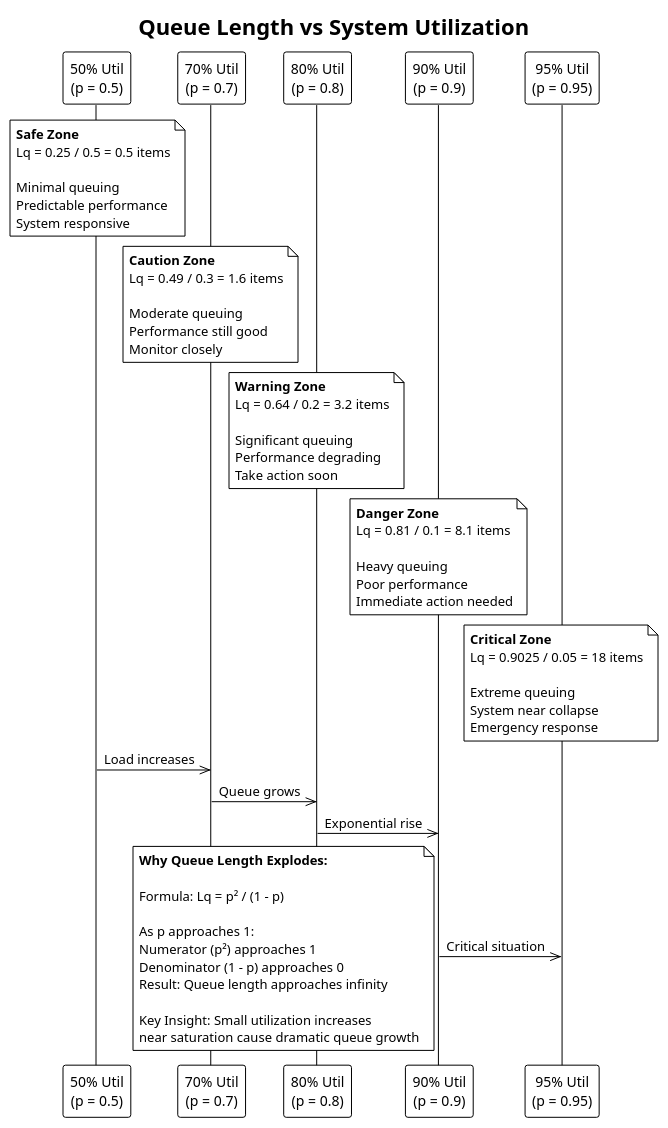
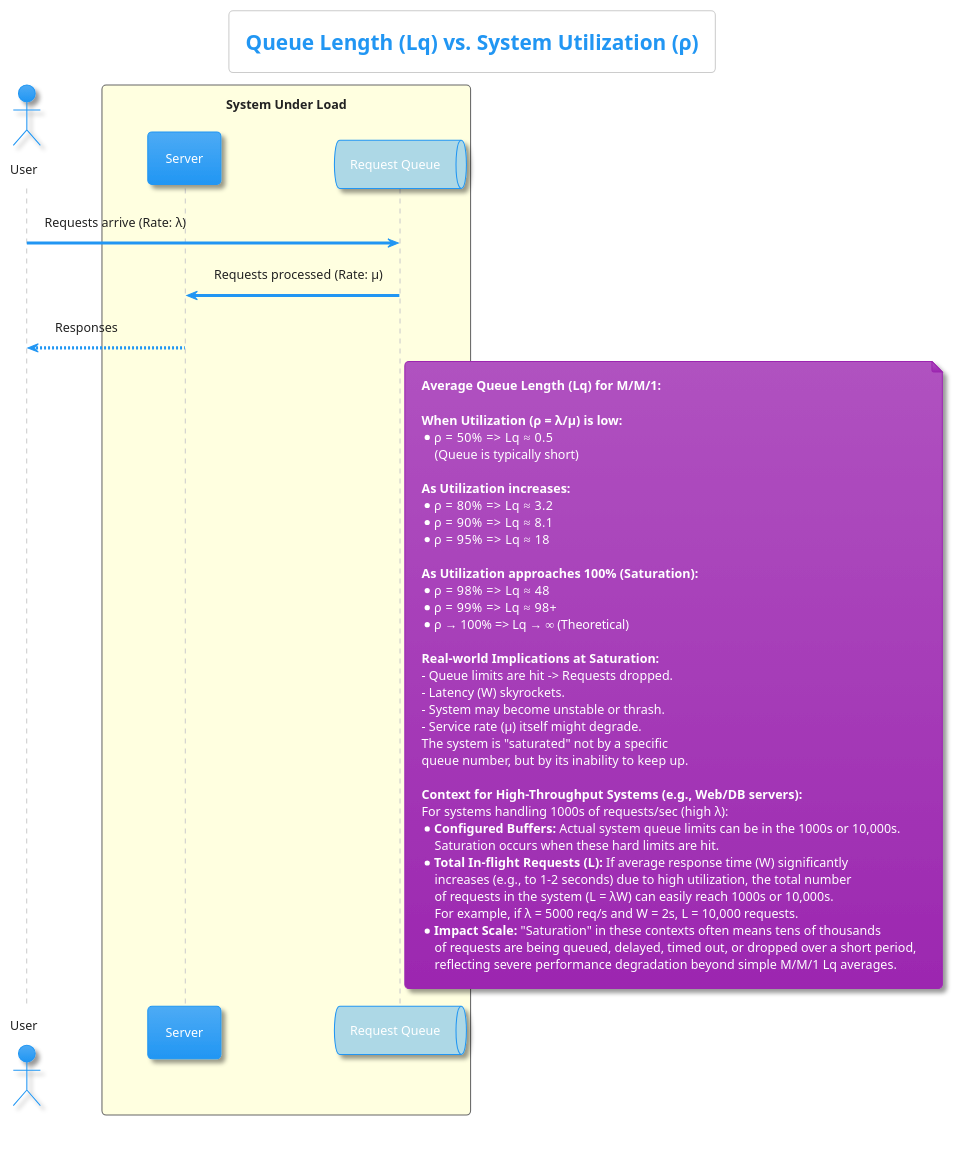
Before and after one commit to unmeshjoshi/MADSPlantUMLSteps: the diagram in src/diagrams/queue_length_vs_utilization.puml, drawn with PlantUML. The commit also changed 6 other files, not shown here.

Commit message:
Added chart support

```diff
--- a/src/diagrams/queue_length_vs_utilization.puml
+++ b/src/diagrams/queue_length_vs_utilization.puml
@@ -1,86 +1,55 @@
 @startuml queue_length_vs_utilization
+!theme materia
 
-!theme plain
-skinparam backgroundColor white
-skinparam defaultTextColor black
+title Queue Length (Lq) vs. System Utilization (ρ)
+caption Based on M/M/1 model: Lq = ρ² / (1 - ρ). This illustrates *average* queue length.
 
-title Queue Length vs System Utilization
+actor User
 
-note top
-  **Exponential Queue Growth: Lq = p² / (1 - p)**
+box "System Under Load" #LightYellow
+    participant Server as S
+    queue "Request Queue" as Q #LightBlue
+end box
+
+User -> Q : Requests arrive (Rate: λ)
+Q -> S : Requests processed (Rate: μ)
+S --> User : Responses
+
+note right of Q
+    <b>Average Queue Length (Lq) for M/M/1:</b>
+
+    <b>When Utilization (ρ = λ/μ) is low:</b>
+    *   ρ = 50%  => Lq ≈ 0.5
+        (Queue is typically short)
+
+    <b>As Utilization increases:</b>
+    *   ρ = 80%  => Lq ≈ 3.2
+    *   ρ = 90%  => Lq ≈ 8.1
+    *   ρ = 95%  => Lq ≈ 18
+
+    <b>As Utilization approaches 100% (Saturation):</b>
+    *   ρ = 98%  => Lq ≈ 48
+    *   ρ = 99%  => Lq ≈ 98+
+    *   ρ → 100% => Lq → ∞ (Theoretical)
+
+    <b>Real-world Implications at Saturation:</b>
+    - Queue limits are hit -> Requests dropped.
+    - Latency (W) skyrockets.
+    - System may become unstable or thrash.
+    - Service rate (μ) itself might degrade.
+    The system is "saturated" not by a specific
+    queue number, but by its inability to keep up.
+
+    <b>Context for High-Throughput Systems (e.g., Web/DB servers):</b>
+    For systems handling 1000s of requests/sec (high λ):
+    *   **Configured Buffers:** Actual system queue limits can be in the 1000s or 10,000s.
+        Saturation occurs when these hard limits are hit.
+    *   **Total In-flight Requests (L):** If average response time (W) significantly
+        increases (e.g., to 1-2 seconds) due to high utilization, the total number
+        of requests in the system (L = λW) can easily reach 1000s or 10,000s.
+        For example, if λ = 5000 req/s and W = 2s, L = 10,000 requests.
+    *   **Impact Scale:** "Saturation" in these contexts often means tens of thousands
+        of requests are being queued, delayed, timed out, or dropped over a short period,
+        reflecting severe performance degradation beyond simple M/M/1 Lq averages.
 end note
-
-' Create utilization zones as simple participants
-participant "50% Util\n(p = 0.5)" as zone1
-participant "70% Util\n(p = 0.7)" as zone2  
-participant "80% Util\n(p = 0.8)" as zone3
-participant "90% Util\n(p = 0.9)" as zone4
-participant "95% Util\n(p = 0.95)" as zone5
-
-note over zone1
-  **Safe Zone**
-  Lq = 0.25 / 0.5 = 0.5 items
-  
-  Minimal queuing
-  Predictable performance
-  System responsive
-end note
-
-note over zone2
-  **Caution Zone**  
-  Lq = 0.49 / 0.3 = 1.6 items
-  
-  Moderate queuing
-  Performance still good
-  Monitor closely
-end note
-
-note over zone3
-  **Warning Zone**
-  Lq = 0.64 / 0.2 = 3.2 items
-  
-  Significant queuing
-  Performance degrading
-  Take action soon
-end note
-
-note over zone4
-  **Danger Zone**
-  Lq = 0.81 / 0.1 = 8.1 items
-  
-  Heavy queuing
-  Poor performance
-  Immediate action needed
-end note
-
-note over zone5
-  **Critical Zone**
-  Lq = 0.9025 / 0.05 = 18 items
-  
-  Extreme queuing
-  System near collapse
-  Emergency response
-end note
-
-' Show progression with arrows
-zone1 ->> zone2 : Load increases
-zone2 ->> zone3 : Queue grows
-zone3 ->> zone4 : Exponential rise
-zone4 ->> zone5 : Critical situation
-
-' Mathematical explanation
-note bottom
-  **Why Queue Length Explodes:**
-  
-  Formula: Lq = p² / (1 - p)
-  
-  As p approaches 1:
-  Numerator (p²) approaches 1
-  Denominator (1 - p) approaches 0  
-  Result: Queue length approaches infinity
-  
-  Key Insight: Small utilization increases
-  near saturation cause dramatic queue growth
-end note
-
 @enduml 
```
